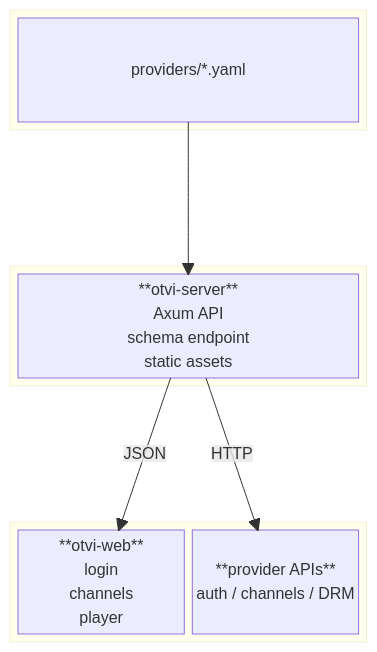
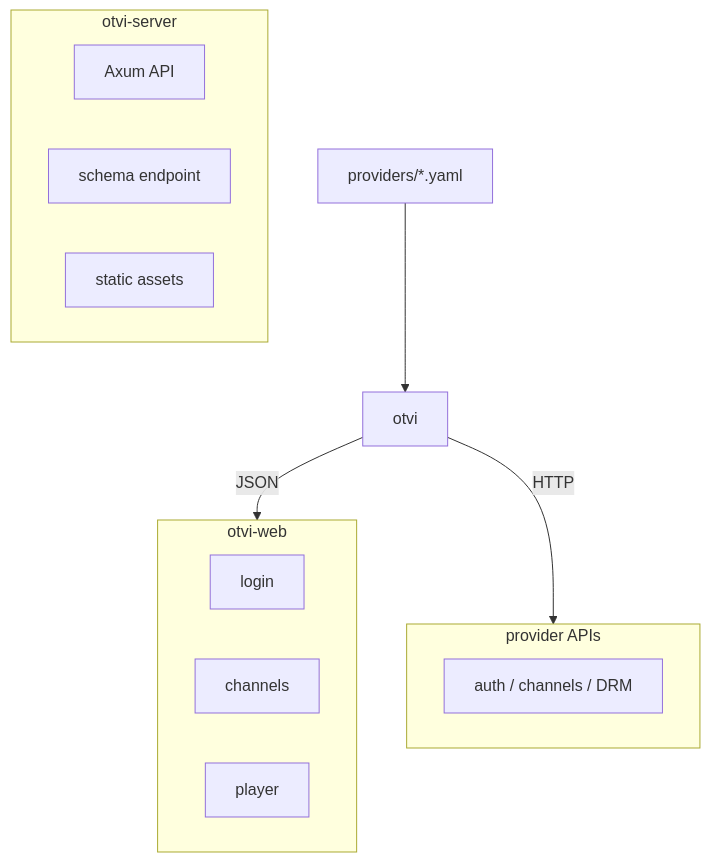
One commit to rabilrbl/otvi changed the diagram in README.md. Above: the diagram before and after it, drawn with Mermaid. The commit also changed 2 other files, not shown here.

Commit message:
fix: use flowchart instead of block-beta for GitHub Mermaid compatibility

````diff
--- a/README.md
+++ b/README.md
@@ -14,23 +14,27 @@
 ```mermaid
-block-beta
-    columns 1
-    block:config
-        columns 1
-        yaml["providers/*.yaml"]
-    end
-    space
-    block:server
-        columns 1
-        otvi["**otvi-server**\nAxum API\nschema endpoint\nstatic assets"]
-    end
-    space
-    block:clients
-        columns 2
-        web["**otvi-web**\nlogin\nchannels\nplayer"]
-        providers["**provider APIs**\nauth / channels / DRM"]
+flowchart TD
+    config["providers/*.yaml"]
+    config --> otvi
+
+    subgraph server["otvi-server"]
+        direction LR
+        api["Axum API"]
+        schema["schema endpoint"]
+        assets["static assets"]
     end
 
-    yaml --> otvi
+    subgraph web["otvi-web"]
+        direction LR
+        login["login"]
+        channels["channels"]
+        player["player"]
+    end
+
+    subgraph ext["provider APIs"]
+        direction LR
+        auth["auth / channels / DRM"]
+    end
+
     otvi -- "JSON" --> web
-    otvi -- "HTTP" --> providers
+    otvi -- "HTTP" --> ext
 ```
````
